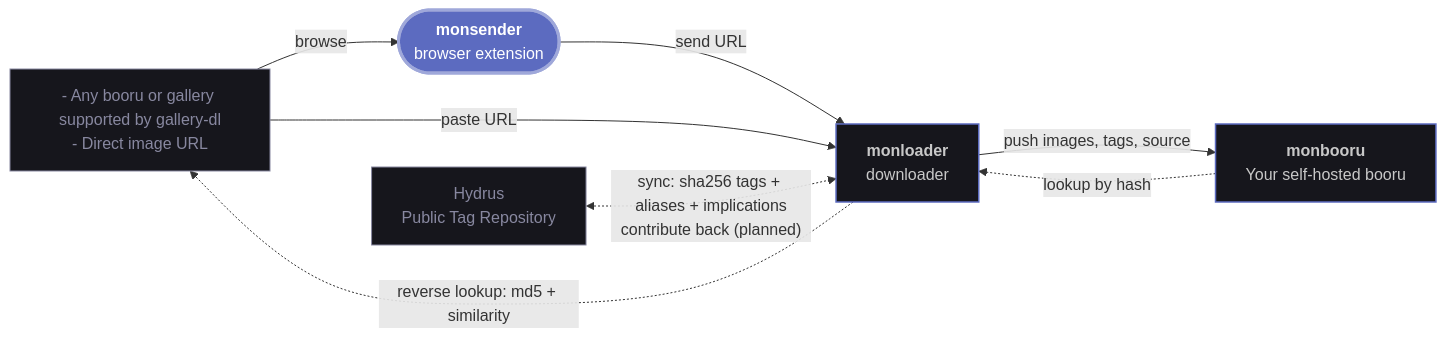
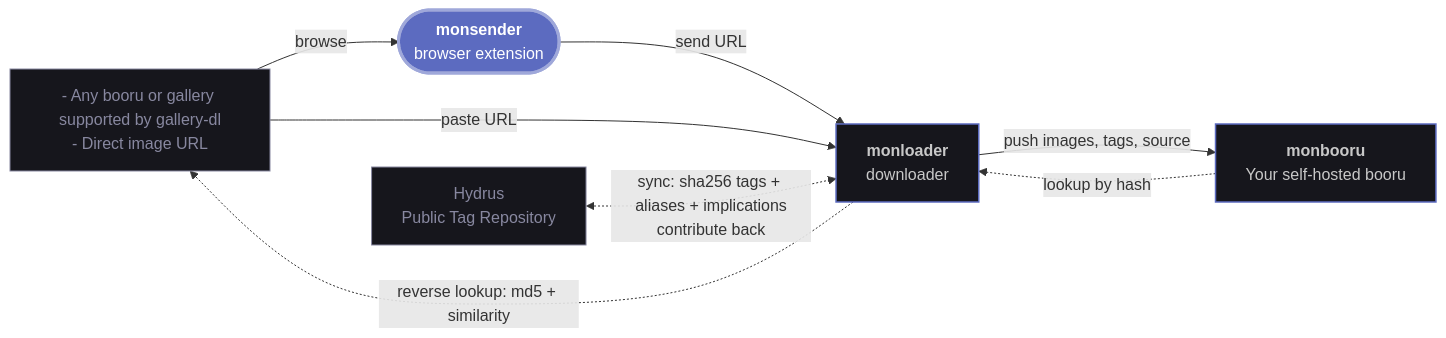
Before and after one commit to monbooru/monsender: the diagram in README.md, drawn with Mermaid. The commit also changed other lines of this file and 21 other files, not shown here.

````diff
--- a/README.md
+++ b/README.md
@@ -17,31 +16,37 @@
 ```mermaid
+---
+config:
+  layout: dagre
+  flowchart:
+    wrappingWidth: 200
+---
 flowchart LR
     web["`- Any booru or gallery supported by gallery-dl
 - Direct image URL`"]
     ptr["`Hydrus
 Public Tag Repository`"]
     sender(["`**monsender**
 browser extension`"])
     loader["`**monloader**
 downloader`"]
     booru["`**monbooru**
 Your self-hosted booru`"]
 
     web -->|browse| sender
     sender -->|send URL| loader
     web -->|paste URL| loader
     loader -->|push images, tags, source| booru
 
     booru -.->|lookup by hash| loader
     loader -.->|reverse lookup: md5 + similarity| web
     ptr <-.->|"`sync: sha256 tags + aliases + implications
-contribute back (planned)`"| loader
+contribute back`"| loader
 
     classDef hub  fill:#5c6bc0,stroke:#9fa8da,stroke-width:3px,color:#ffffff;
     classDef tool fill:#16161c,stroke:#5c6bc0,stroke-width:1.5px,color:#c8c8c8;
     classDef src  fill:#16161c,stroke:#8888a0,stroke-width:1px,color:#8888a0;
 
     class sender hub;
     class loader,booru tool;
     class web,ptr src;
 ```
````
